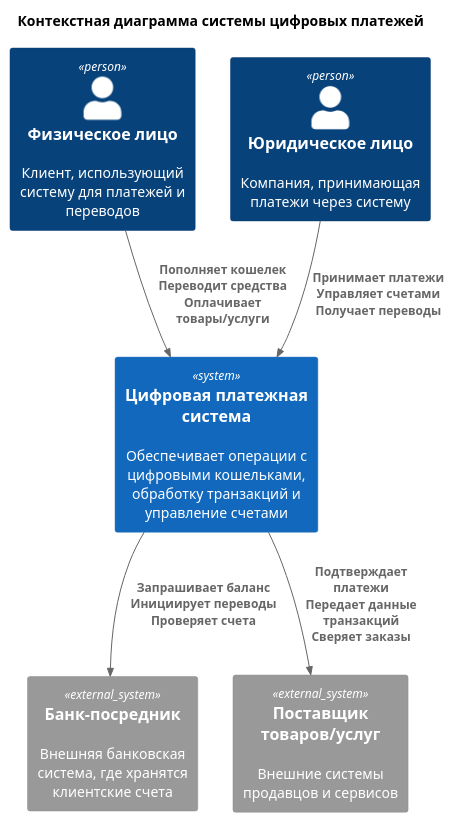
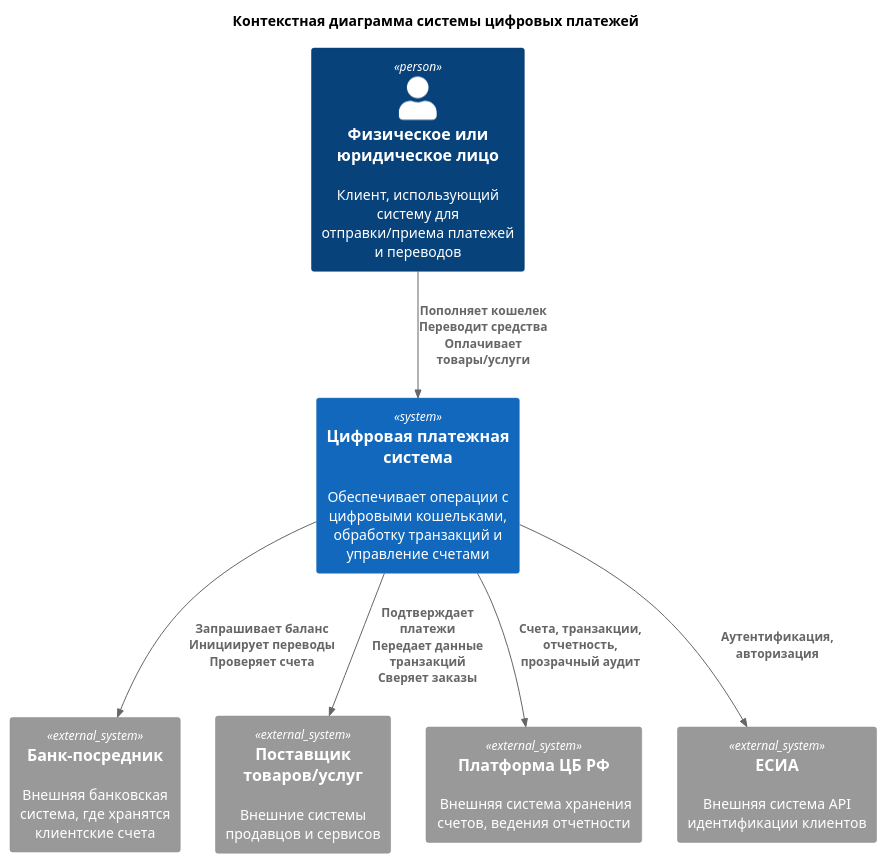
Before and after one commit to shelepovg/architech-2025: the diagram in context-diagramm.plantuml, drawn with PlantUML. The commit also changed 3 other files, not shown here.

```diff
--- a/context-diagramm.plantuml
+++ b/context-diagramm.plantuml
@@ -1,21 +1,24 @@
 @startuml
 !include <C4/C4_Context>
 !include <C4/C4_Container>
 
 title Контекстная диаграмма системы цифровых платежей
 
-Person(physical_client, "Физическое лицо", "Клиент, использующий систему для платежей и переводов")
-Person(legal_client, "Юридическое лицо", "Компания, принимающая платежи через систему")
+Person(physical_client, "Физическое или юридическое лицо", "Клиент, использующий систему для отправки/приема платежей и переводов")
+' Person(legal_client, "Юридическое лицо", "Компания, принимающая платежи через систему")
 
 System(payment_system, "Цифровая платежная система", "Обеспечивает операции с цифровыми кошельками, обработку транзакций и управление счетами")
 
 System_Ext(bank, "Банк-посредник", "Внешняя банковская система, где хранятся клиентские счета")
 System_Ext(merchant, "Поставщик товаров/услуг", "Внешние системы продавцов и сервисов")
+System_Ext(cbr_system, "Платформа ЦБ РФ", " Внешняя система хранения счетов, ведения отчетности")
+System_Ext(gosuslugi, "ЕСИА", "Внешняя система API идентификации клиентов")
 
 Rel(physical_client, payment_system, "Пополняет кошелек\nПереводит средства\nОплачивает товары/услуги")
-Rel(legal_client, payment_system, "Принимает платежи\nУправляет счетами\nПолучает переводы")
+' Rel(legal_client, payment_system, "Принимает платежи\nУправляет счетами\nПолучает переводы")
 
 Rel(payment_system, bank, "Запрашивает баланс\nИнициирует переводы\nПроверяет счета")
 Rel(payment_system, merchant, "Подтверждает платежи\nПередает данные транзакций\nСверяет заказы")
-
+Rel(payment_system, cbr_system, "Счета, транзакции, отчетность, прозрачный аудит")
+Rel(payment_system, gosuslugi, "Аутентификация, авторизация")
 @enduml
```
